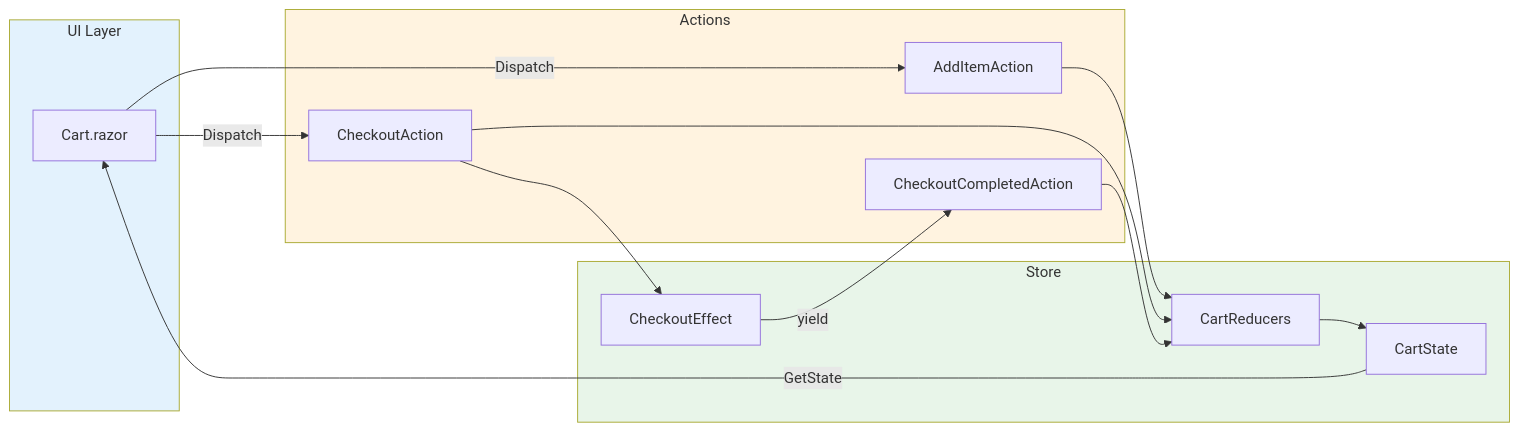
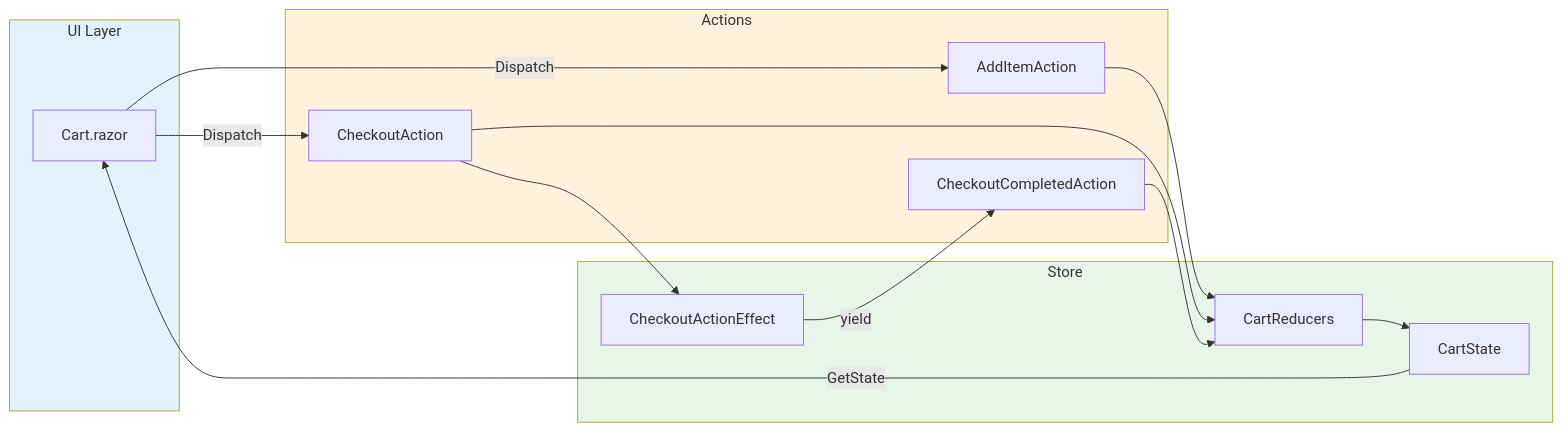
Before and after one commit to Gibbs-Morris/mississippi: the second of 2 diagrams in docs/Docusaurus/docs/reservoir/getting-started.md, drawn with Mermaid. The commit also changed other lines of this file and 58 other files, not shown here.

First line of the commit message:
refactor: rename IEffect to IActionEffect and AddEffect to AddActionEffect

````diff
--- a/docs/Docusaurus/docs/reservoir/getting-started.md
+++ b/docs/Docusaurus/docs/reservoir/getting-started.md
@@ -517,32 +517,32 @@
 ```mermaid
 flowchart LR
     subgraph UI["UI Layer"]
         Cart["Cart.razor"]
     end
 
     subgraph Actions["Actions"]
         AddItem["AddItemAction"]
         Checkout["CheckoutAction"]
         CheckoutCompleted["CheckoutCompletedAction"]
     end
 
     subgraph Store["Store"]
         Reducers["CartReducers"]
-        Effects["CheckoutEffect"]
+        ActionEffects["CheckoutActionEffect"]
         State["CartState"]
     end
 
     Cart -->|"Dispatch"| AddItem
     Cart -->|"Dispatch"| Checkout
     AddItem --> Reducers
     Checkout --> Reducers
-    Checkout --> Effects
-    Effects -->|"yield"| CheckoutCompleted
+    Checkout --> ActionEffects
+    ActionEffects -->|"yield"| CheckoutCompleted
     CheckoutCompleted --> Reducers
     Reducers --> State
     State -->|"GetState"| Cart
 
     style UI fill:#e3f2fd
     style Actions fill:#fff3e0
     style Store fill:#e8f5e9
 ```
````
